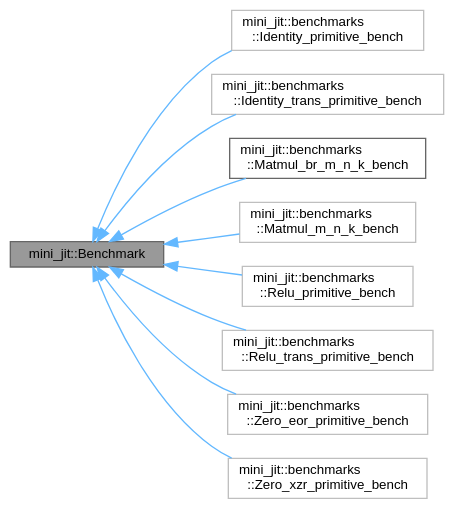
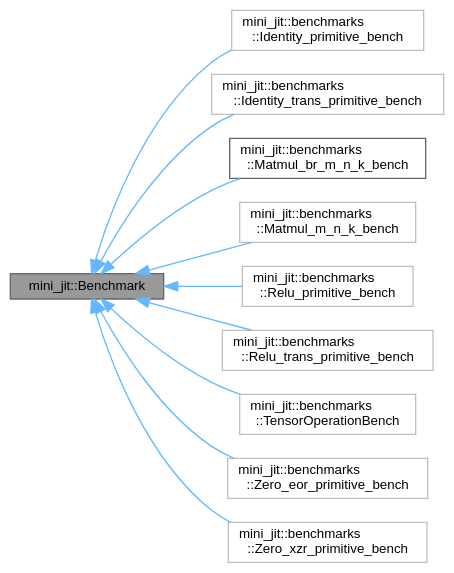
Before and after one commit to Shad00Z/machine-learning-compilers: the diagram in classmini__jit_1_1Benchmark__inherit__graph.dot, drawn with Graphviz. The commit also changed 78 other files, not shown here.

```diff
--- a/classmini__jit_1_1Benchmark__inherit__graph.dot
+++ b/classmini__jit_1_1Benchmark__inherit__graph.dot
@@ -1,25 +1,27 @@
 digraph "mini_jit::Benchmark"
 {
  // LATEX_PDF_SIZE
   bgcolor="transparent";
   edge [fontname=Helvetica,fontsize=10,labelfontname=Helvetica,labelfontsize=10];
   node [fontname=Helvetica,fontsize=10,shape=box,height=0.2,width=0.4];
   rankdir="LR";
   Node1 [id="Node000001",label="mini_jit::Benchmark",height=0.2,width=0.4,color="gray40", fillcolor="grey60", style="filled", fontcolor="black",tooltip=" "];
   Node1 -> Node2 [id="edge1_Node000001_Node000002",dir="back",color="steelblue1",style="solid",tooltip=" "];
   Node2 [id="Node000002",label="mini_jit::benchmarks\l::Identity_primitive_bench",height=0.2,width=0.4,color="grey75", fillcolor="white", style="filled",URL="$classmini__jit_1_1benchmarks_1_1Identity__primitive__bench.html",tooltip=" "];
   Node1 -> Node3 [id="edge2_Node000001_Node000003",dir="back",color="steelblue1",style="solid",tooltip=" "];
   Node3 [id="Node000003",label="mini_jit::benchmarks\l::Identity_trans_primitive_bench",height=0.2,width=0.4,color="grey75", fillcolor="white", style="filled",URL="$classmini__jit_1_1benchmarks_1_1Identity__trans__primitive__bench.html",tooltip=" "];
   Node1 -> Node4 [id="edge3_Node000001_Node000004",dir="back",color="steelblue1",style="solid",tooltip=" "];
   Node4 [id="Node000004",label="mini_jit::benchmarks\l::Matmul_br_m_n_k_bench",height=0.2,width=0.4,color="gray40", fillcolor="white", style="filled",URL="$classmini__jit_1_1benchmarks_1_1Matmul__br__m__n__k__bench.html",tooltip="Benchmark for matrix multiplication using BRGEMM."];
   Node1 -> Node5 [id="edge4_Node000001_Node000005",dir="back",color="steelblue1",style="solid",tooltip=" "];
   Node5 [id="Node000005",label="mini_jit::benchmarks\l::Matmul_m_n_k_bench",height=0.2,width=0.4,color="grey75", fillcolor="white", style="filled",URL="$classmini__jit_1_1benchmarks_1_1Matmul__m__n__k__bench.html",tooltip=" "];
   Node1 -> Node6 [id="edge5_Node000001_Node000006",dir="back",color="steelblue1",style="solid",tooltip=" "];
   Node6 [id="Node000006",label="mini_jit::benchmarks\l::Relu_primitive_bench",height=0.2,width=0.4,color="grey75", fillcolor="white", style="filled",URL="$classmini__jit_1_1benchmarks_1_1Relu__primitive__bench.html",tooltip=" "];
   Node1 -> Node7 [id="edge6_Node000001_Node000007",dir="back",color="steelblue1",style="solid",tooltip=" "];
   Node7 [id="Node000007",label="mini_jit::benchmarks\l::Relu_trans_primitive_bench",height=0.2,width=0.4,color="grey75", fillcolor="white", style="filled",URL="$classmini__jit_1_1benchmarks_1_1Relu__trans__primitive__bench.html",tooltip=" "];
   Node1 -> Node8 [id="edge7_Node000001_Node000008",dir="back",color="steelblue1",style="solid",tooltip=" "];
-  Node8 [id="Node000008",label="mini_jit::benchmarks\l::Zero_eor_primitive_bench",height=0.2,width=0.4,color="grey75", fillcolor="white", style="filled",URL="$classmini__jit_1_1benchmarks_1_1Zero__eor__primitive__bench.html",tooltip=" "];
+  Node8 [id="Node000008",label="mini_jit::benchmarks\l::TensorOperationBench",height=0.2,width=0.4,color="grey75", fillcolor="white", style="filled",URL="$classmini__jit_1_1benchmarks_1_1TensorOperationBench.html",tooltip=" "];
   Node1 -> Node9 [id="edge8_Node000001_Node000009",dir="back",color="steelblue1",style="solid",tooltip=" "];
-  Node9 [id="Node000009",label="mini_jit::benchmarks\l::Zero_xzr_primitive_bench",height=0.2,width=0.4,color="grey75", fillcolor="white", style="filled",URL="$classmini__jit_1_1benchmarks_1_1Zero__xzr__primitive__bench.html",tooltip=" "];
+  Node9 [id="Node000009",label="mini_jit::benchmarks\l::Zero_eor_primitive_bench",height=0.2,width=0.4,color="grey75", fillcolor="white", style="filled",URL="$classmini__jit_1_1benchmarks_1_1Zero__eor__primitive__bench.html",tooltip=" "];
+  Node1 -> Node10 [id="edge9_Node000001_Node000010",dir="back",color="steelblue1",style="solid",tooltip=" "];
+  Node10 [id="Node000010",label="mini_jit::benchmarks\l::Zero_xzr_primitive_bench",height=0.2,width=0.4,color="grey75", fillcolor="white", style="filled",URL="$classmini__jit_1_1benchmarks_1_1Zero__xzr__primitive__bench.html",tooltip=" "];
 }
```
